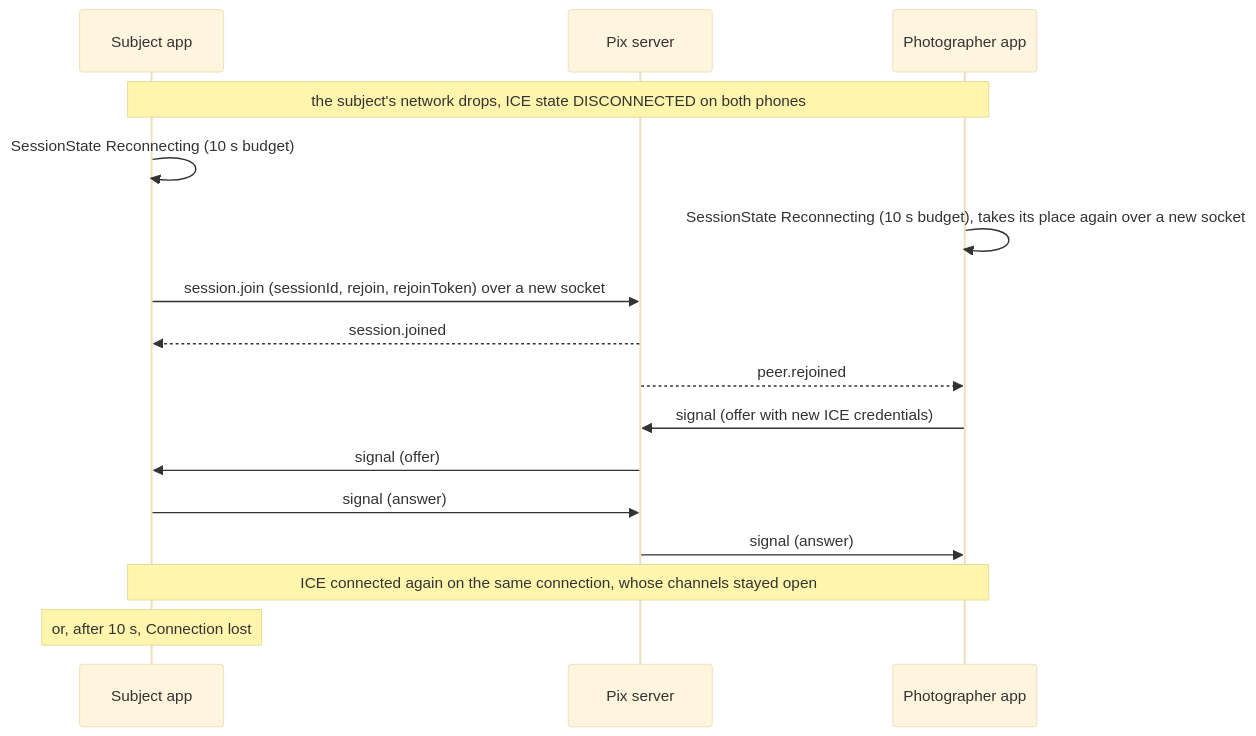
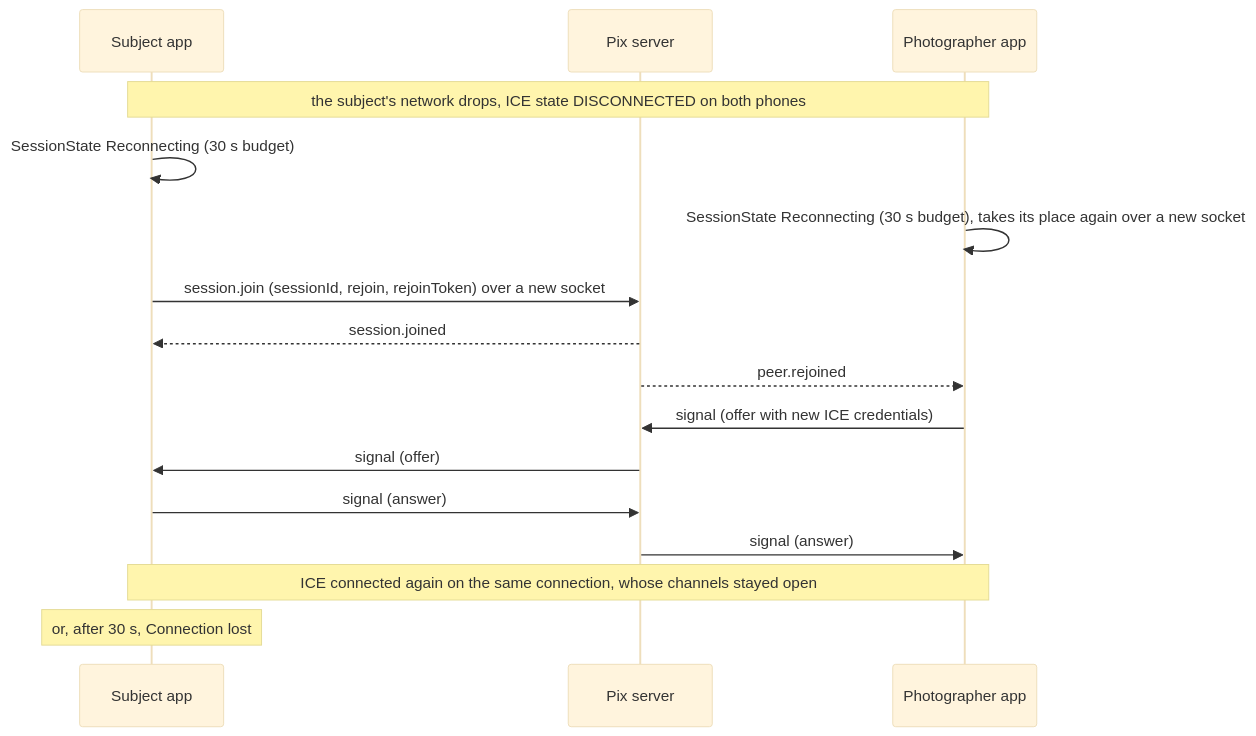
One commit to snuhcs-course/swpp-2026-project-team-10 changed the fourth of 14 diagrams in wiki/Design-Documentation.md. Above: the diagram before and after it, drawn with Mermaid (base theme). The commit also changed other lines of this file and 16 other files, not shown here.

````diff
--- a/wiki/Design-Documentation.md
+++ b/wiki/Design-Documentation.md
@@ -295,18 +296,18 @@
 ```mermaid
 sequenceDiagram
   participant S as Subject app
   participant SV as Pix server
   participant P as Photographer app
   Note over S,P: the subject's network drops, ICE state DISCONNECTED on both phones
-  S->>S: SessionState Reconnecting (10 s budget)
-  P->>P: SessionState Reconnecting (10 s budget), takes its place again over a new socket
+  S->>S: SessionState Reconnecting (30 s budget)
+  P->>P: SessionState Reconnecting (30 s budget), takes its place again over a new socket
   S->>SV: session.join (sessionId, rejoin, rejoinToken) over a new socket
   SV-->>S: session.joined
   SV-->>P: peer.rejoined
   P->>SV: signal (offer with new ICE credentials)
   SV->>S: signal (offer)
   S->>SV: signal (answer)
   SV->>P: signal (answer)
   Note over P,S: ICE connected again on the same connection, whose channels stayed open
-  Note over S: or, after 10 s, Connection lost
+  Note over S: or, after 30 s, Connection lost
 ```
````
